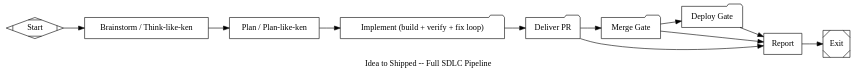
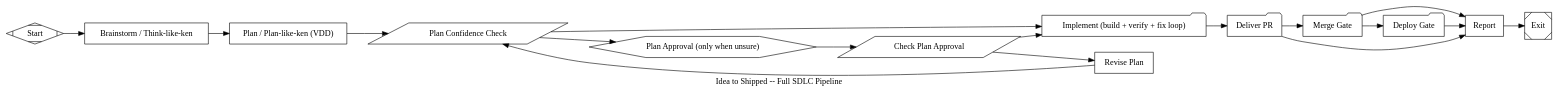
One commit to kenotron-ms/attractor-pipelines changed the diagram in pipelines/idea_to_shipped/idea_to_shipped.dot. Above: the diagram before and after it, drawn with Graphviz. The commit also changed 1 other file, not shown here.

```diff
--- a/pipelines/idea_to_shipped/idea_to_shipped.dot
+++ b/pipelines/idea_to_shipped/idea_to_shipped.dot
@@ -1,98 +1,133 @@
 // idea_to_shipped.dot
 //
 // Sample pipeline: full "idea to shipped" SDLC arc, mined from real
 // successful Amplifier Resolve session histories (think -> plan -> build ->
 // fix loop -> PR -> merge gate -> deploy gate).
 //
 // Flow:
-//   Start -> Brainstorm -> Plan -> Implement(subgraph: build_loop.dot, loops
-//   internally on verdict fail) -> DeliverPR(subgraph) -> MergeGate(subgraph,
-//   human hexagon) -> DeployGate(subgraph, human hexagon) -> Report -> Exit
-//
-// 8 top-level nodes (2 pipeline anchors, 3 folder subgraphs, 3 box/tool
-// nodes).
+//   Start -> Brainstorm -> Plan -> PlanConfidenceCheck -> (confident: skip
+//   straight to Implement) | (needs_review: PlanApproval human gate -> revise
+//   or proceed) -> Implement(subgraph: build_loop.dot, loops internally on
+//   verdict fail) -> DeliverPR(subgraph) -> MergeGate(subgraph, human
+//   hexagon) -> DeployGate(subgraph, human hexagon) -> Report -> Exit
 //
 // Context inputs:
 //   $task              - the idea/problem statement kicking off the run
 //   $repo              - target repo slug (owner/name) for PR/merge/deploy
 //   $max_fix_rounds    - cap on build_loop fix iterations (default 3)
 //
 // Context outputs:
 //   brainstorm.design_doc   - path to the validated design written by Brainstorm
 //   plan.todo_path          - path to TODO.md written by Plan
 //   delivery.pr_url         - PR URL, set by DeliverPR subgraph
 //   delivery.merge_sha      - merge commit sha, set by MergeGate subgraph
 //   deploy.result           - deploy outcome, set by DeployGate subgraph
 
 digraph idea_to_shipped {
   graph [
     label="Idea to Shipped -- Full SDLC Pipeline",
     goal="$task",
     rankdir=LR,
     default_max_retry=2,
     default_fidelity="summary:high",
     model_stylesheet="* { llm_model: claude-sonnet-4-6; llm_provider: anthropic; }"
   ];
 
   Start [shape=Mdiamond, label="Start"];
   Exit  [shape=Msquare,  label="Exit"];
 
   // --- Phase 1: Idea -> validated design (mirrors /think-like-ken) ---
   Brainstorm [
     shape=box, goal_gate=true, fidelity="full",
     label="Brainstorm / Think-like-ken",
     prompt="Given the idea/problem statement in $task, explore intent, requirements, and design options as a design partner would (not a solution reviewer). Ask no questions back -- resolve ambiguity yourself using best judgment and note assumptions. Write the validated design to .resolve/design/design.md. Print the single line: brainstorm_done"
   ];
 
   // --- Phase 2: Design -> bite-sized task plan (mirrors /plan-like-ken) ---
+  // NOT TDD. This is Verification Driven Development: pick the CHEAPEST
+  // verification that actually proves a task works (static analysis -> run
+  // it directly -> curl/HTTP -> browser -> DTU/reality-check), per the VDD
+  // hierarchy. A unit test that mocks everything proves the mock works, not
+  // the product.
   Plan [
     shape=box, goal_gate=true, fidelity="full",
-    label="Plan / Plan-like-ken",
-    prompt="Read .resolve/design/design.md. Break it into a bite-sized (2-5 min each) task list suitable for TDD-style execution. Write .ai/plan.md (task list) and .ai/acceptance_criteria.md (measurable success criteria per task). Print the single line: plan_done"
+    label="Plan / Plan-like-ken (VDD)",
+    prompt="Read .resolve/design/design.md. Break it into a bite-sized (2-5 min each) task list. This is Verification Driven Development, NOT TDD -- do not default every task to 'write a unit test'. For EACH task, pick the cheapest verification level that actually proves it works: (1) native static analysis (ruff/ty/tsc) -- always, zero cost; (2) run the code directly; (3) curl/HTTP against a running server for endpoints; (4) browser via playwright-cli for UI changes; (5) DTU/reality-check only when true isolation is needed. Unit tests are right for library code, not a universal default. Also self-assess your CONFIDENCE per task: mark needs_review=true only if the design leaves real ambiguity (an unresolved ordering/scope/interface decision) -- most well-specified designs should NOT need review. Write .ai/plan.md (task list, each task with its exact verification command and expected output) and .ai/acceptance_criteria.md (measurable success criteria per task). Write .resolve/plan/confidence.json with {\"needs_review\": true|false, \"reasons\": [...]}. Print the single line: plan_done"
+  ];
+
+  // --- Phase 2.5: Judgment gate. This is NOT a rubber-stamp on every run --
+  // most runs are confident and skip straight to Implement. Only pipe in a
+  // human when the plan itself flags real ambiguity.
+  PlanConfidenceCheck [
+    shape=parallelogram, label="Plan Confidence Check",
+    tool_command="#!/bin/sh\nset -e\nneeds=$(python3 -c \"import json;print(json.load(open('.resolve/plan/confidence.json'))['needs_review'])\" 2>/dev/null || echo True)\nif [ \"$needs\" = \"True\" ]; then printf 'needs_review'; else printf 'confident'; fi"
+  ];
+
+  PlanApproval [
+    shape=hexagon, mode="freeform",
+    label="Plan Approval (only when unsure)",
+    prompt="The plan flagged real ambiguity before implementation begins -- see .resolve/plan/confidence.json for reasons. Review .ai/plan.md. Type 'approve'/'yes'/'ok' to proceed as planned, or reply with corrections to send back for revision."
+  ];
+
+  CheckPlanApproval [
+    shape=parallelogram, label="Check Plan Approval",
+    tool_command="bash -c 'if echo \"$last_response\" | grep -iEq \"approve|\\byes\\b|\\bok\\b\"; then echo approved; else echo revise; fi'"
+  ];
+
+  RevisePlan [
+    shape=box, goal_gate=true, fidelity="full",
+    label="Revise Plan",
+    prompt="Incorporate the human's corrections (${last_response}) into .ai/plan.md and .resolve/plan/confidence.json. Print the single line: plan_revised"
   ];
 
   // --- Phase 3: Build with verdict-gated fix loop (see subgraphs/build_loop.dot) ---
   Implement [
     shape=folder, label="Implement (build + verify + fix loop)",
     dot_file="subgraphs/build_loop.dot",
     outputs="build.verdict,build.fix_rounds_used"
   ];
 
   // --- Phase 4: Open PR (see subgraphs/deliver_pr.dot) ---
   DeliverPR [
     shape=folder, label="Deliver PR",
     dot_file="subgraphs/deliver_pr.dot",
     outputs="delivery.pr_url,delivery.result"
   ];
 
   // --- Phase 5: Human merge gate + merge (see subgraphs/merge_gate.dot) ---
   MergeGate [
     shape=folder, label="Merge Gate",
     dot_file="subgraphs/merge_gate.dot",
     outputs="delivery.merge_sha,delivery.merge_result"
   ];
 
   // --- Phase 6: Human deploy gate + deploy (see subgraphs/deploy_gate.dot) ---
   DeployGate [
     shape=folder, label="Deploy Gate",
     dot_file="subgraphs/deploy_gate.dot",
     outputs="deploy.result"
   ];
 
   Report [
     shape=box, goal_gate=true, fidelity="summary:high",
     label="Report",
     prompt="Summarize the full run: design decisions (.resolve/design/design.md), fix rounds used (${build.fix_rounds_used}), PR (${delivery.pr_url}), merge (${delivery.merge_sha}), and deploy result (${deploy.result}). Print the single line: reported"
   ];
 
-  Start      -> Brainstorm;
-  Brainstorm -> Plan;
-  Plan       -> Implement;
-  Implement  -> DeliverPR;
-  DeliverPR  -> MergeGate  [condition="context.delivery.result=opened", weight="2"];
-  DeliverPR  -> Report     [condition="outcome=fail"];
-  MergeGate  -> DeployGate [condition="context.delivery.merge_result=merged", weight="2"];
-  MergeGate  -> Report     [condition="context.delivery.merge_result=rejected"];
-  DeployGate -> Report;
-  Report     -> Exit;
+  Start                -> Brainstorm;
+  Brainstorm           -> Plan;
+  Plan                 -> PlanConfidenceCheck;
+  PlanConfidenceCheck  -> Implement     [condition="context.tool.last_line=confident", weight="2"];
+  PlanConfidenceCheck  -> PlanApproval  [condition="context.tool.last_line=needs_review"];
+  PlanApproval         -> CheckPlanApproval;
+  CheckPlanApproval    -> Implement     [condition="context.tool.last_line=approved", weight="2"];
+  CheckPlanApproval    -> RevisePlan    [condition="context.tool.last_line=revise"];
+  RevisePlan           -> PlanConfidenceCheck [loop_restart="true"];
+  Implement            -> DeliverPR;
+  DeliverPR            -> MergeGate  [condition="context.delivery.result=opened", weight="2"];
+  DeliverPR            -> Report     [condition="outcome=fail"];
+  MergeGate            -> DeployGate [condition="context.delivery.merge_result=merged", weight="2"];
+  MergeGate            -> Report     [condition="context.delivery.merge_result=rejected"];
+  DeployGate           -> Report;
+  Report               -> Exit;
 }
```
